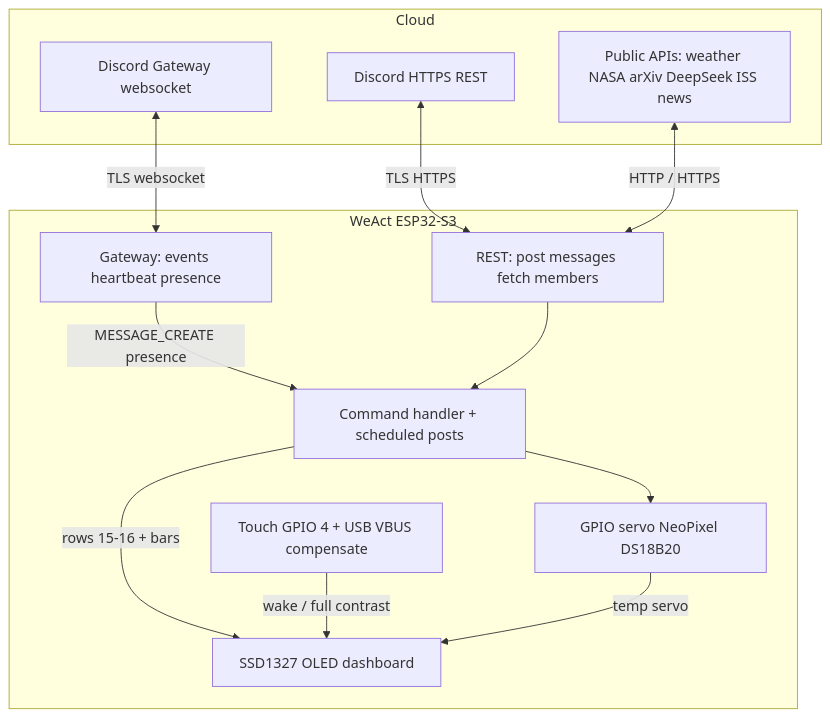
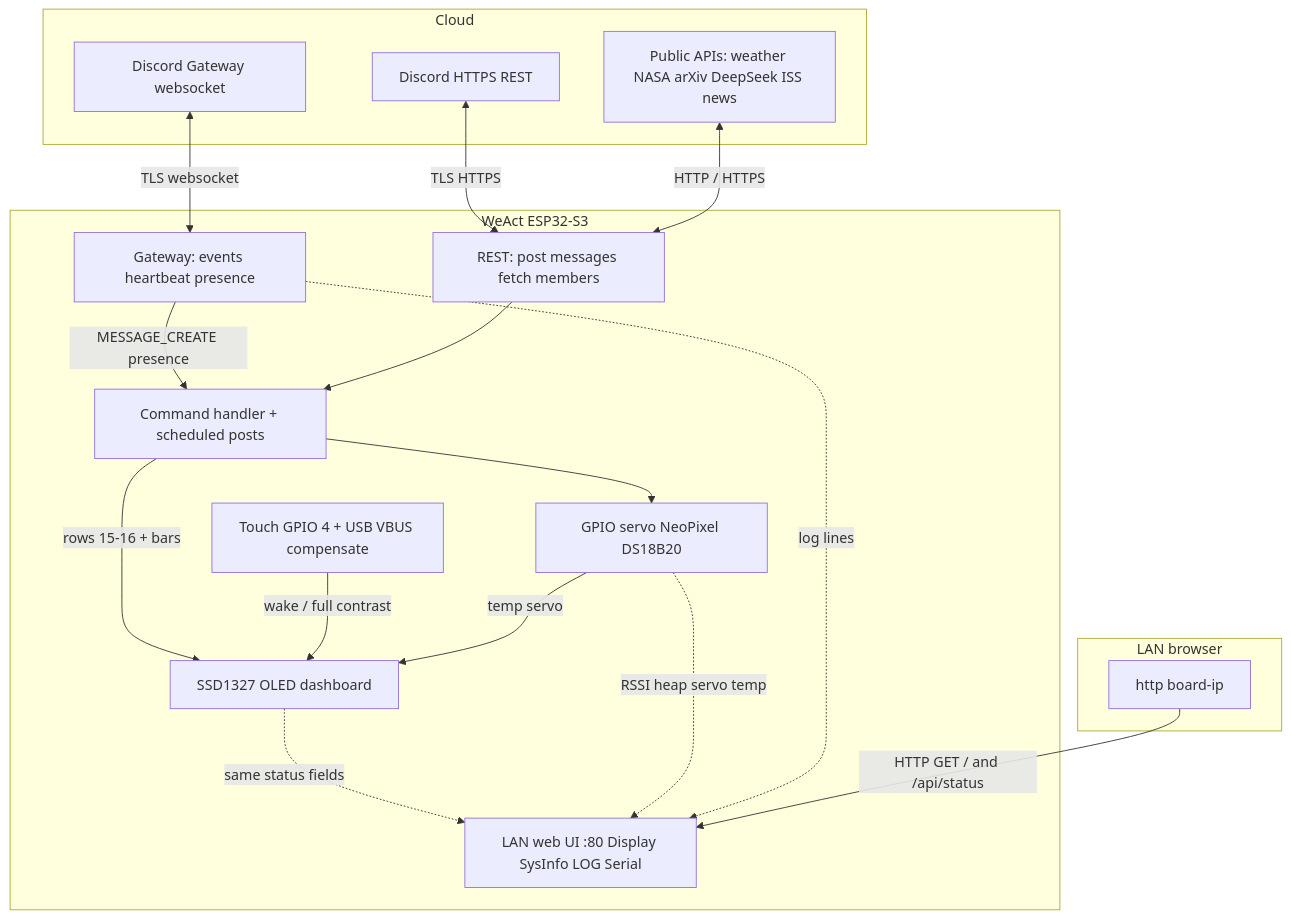
Before and after one commit to dogma2u/minime-esp32-discord-bot: the diagram in README.md, drawn with Mermaid. The commit also changed other lines of this file, not shown here.

Commit message:
Document LAN web UI in How it works flowchart.

````diff
--- a/README.md
+++ b/README.md
@@ -89,27 +89,36 @@
 ```mermaid
 flowchart TB
   subgraph cloud [Cloud]
     DG[Discord Gateway websocket]
     DR[Discord HTTPS REST]
     EXT[Public APIs: weather NASA arXiv DeepSeek ISS news]
   end
 
   subgraph board [WeAct ESP32-S3]
     GW[Gateway: events heartbeat presence]
     REST[REST: post messages fetch members]
     CMD[Command handler + scheduled posts]
     OLED[SSD1327 OLED dashboard]
+    WEB[LAN web UI :80 Display SysInfo LOG Serial]
     TOUCH[Touch GPIO 4 + USB VBUS compensate]
     IO[GPIO servo NeoPixel DS18B20]
+  end
+
+  subgraph lan [LAN browser]
+    BR[http board-ip]
   end
 
   DG <-->|TLS websocket| GW
   DR <-->|TLS HTTPS| REST
   EXT <-->|HTTP / HTTPS| REST
   GW -->|MESSAGE_CREATE presence| CMD
   REST --> CMD
   CMD -->|rows 15-16 + bars| OLED
   TOUCH -->|wake / full contrast| OLED
   CMD --> IO
   IO -->|temp servo| OLED
+  OLED -.->|same status fields| WEB
+  IO -.->|RSSI heap servo temp| WEB
+  GW -.->|log lines| WEB
+  BR -->|HTTP GET / and /api/status| WEB
 ```
````
